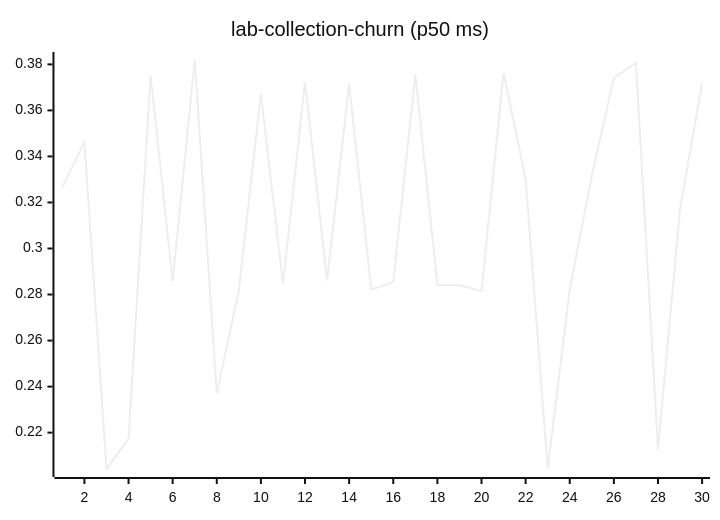
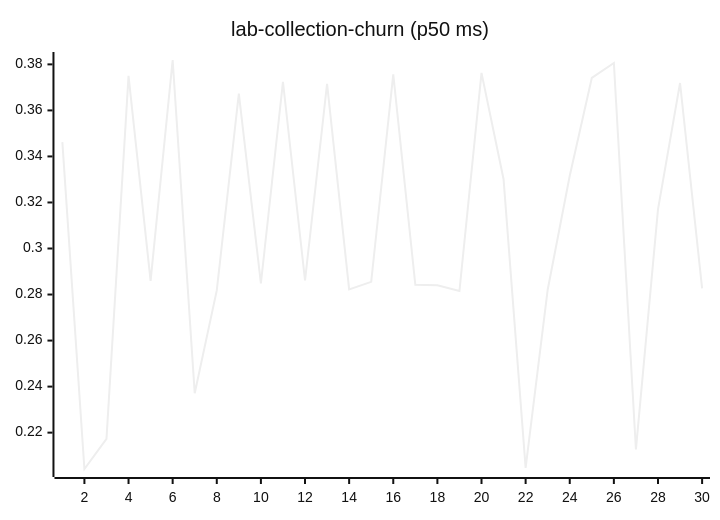
Before and after one commit to josha/Facet: diagram 11 of 27 in README.md, drawn with Mermaid (neutral theme). The commit also changed other lines of this file and 2 other files, not shown here.

````diff
--- a/README.md
+++ b/README.md
@@ -133,6 +133,6 @@
 ```mermaid
 xychart-beta
     title "lab-collection-churn (p50 ms)"
     x-axis 1 --> 30
-    line [0.3267, 0.3462, 0.2042, 0.2173, 0.3750, 0.2859, 0.3819, 0.2371, 0.2818, 0.3673, 0.2848, 0.3724, 0.2861, 0.3715, 0.2822, 0.2855, 0.3757, 0.2842, 0.2840, 0.2815, 0.3763, 0.3301, 0.2047, 0.2821, 0.3316, 0.3741, 0.3806, 0.2127, 0.3170, 0.3719]
+    line [0.3462, 0.2042, 0.2173, 0.3750, 0.2859, 0.3819, 0.2371, 0.2818, 0.3673, 0.2848, 0.3724, 0.2861, 0.3715, 0.2822, 0.2855, 0.3757, 0.2842, 0.2840, 0.2815, 0.3763, 0.3301, 0.2047, 0.2821, 0.3316, 0.3741, 0.3806, 0.2127, 0.3170, 0.3719, 0.2827]
 ```
````
